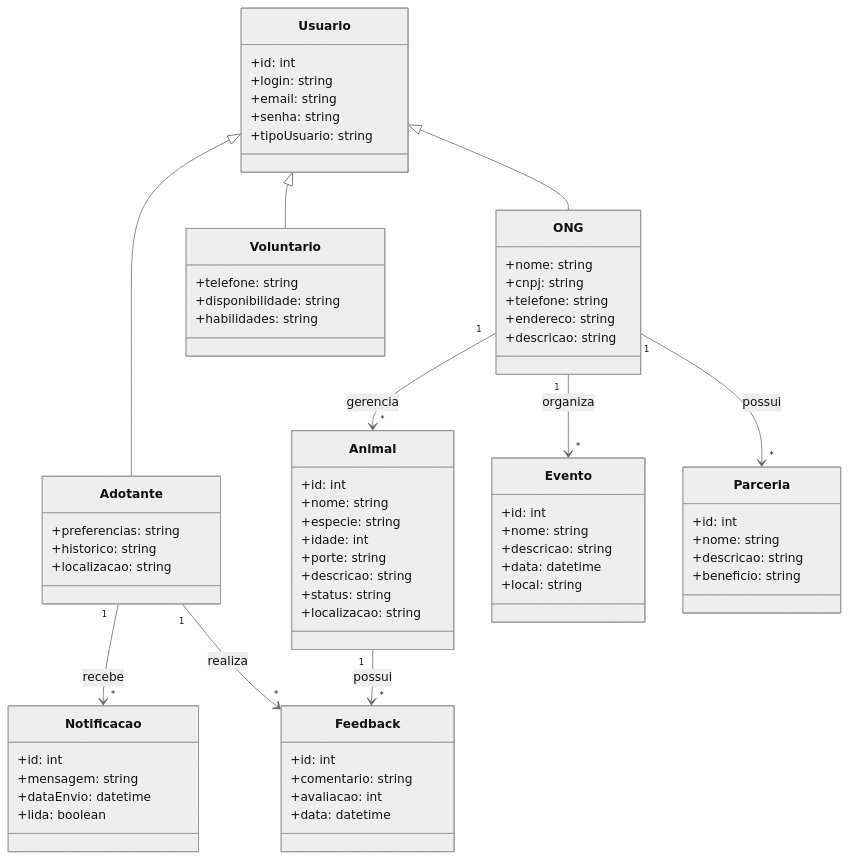
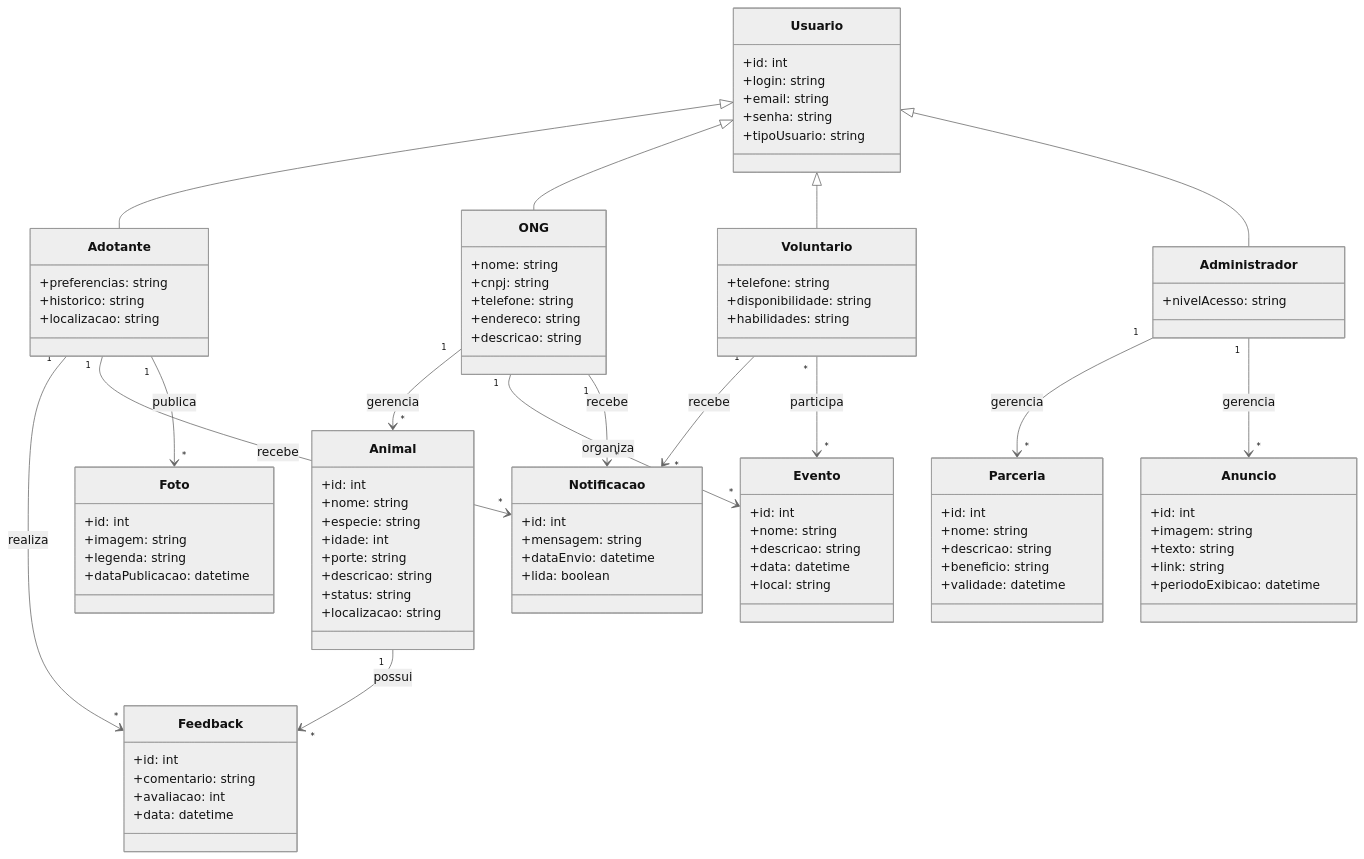
Diagram 13 of 13 in docs/especificacao.md (ICEI-PUC-Minas-PMV-SI/pmv-si-2026-1-pe3-t1-petmatch), drawn with Mermaid (neutral theme) before and after one commit. The commit also changed other lines of this file, not shown here.

First line of the commit message:
Revise product name and add use case diagrams

````diff
--- a/docs/especificacao.md
+++ b/docs/especificacao.md
@@ -581,4 +739,4 @@
- ```mermaid
+```mermaid
 classDiagram
 
 class Usuario {
@@ -607,6 +765,10 @@
     +telefone: string
     +disponibilidade: string
     +habilidades: string
+}
+
+class Administrador {
+    +nivelAcesso: string
 }
 
 class Animal {
@@ -647,11 +809,28 @@
     +nome: string
     +descricao: string
     +beneficio: string
+    +validade: datetime
+}
+
+class Anuncio {
+    +id: int
+    +imagem: string
+    +texto: string
+    +link: string
+    +periodoExibicao: datetime
+}
+
+class Foto {
+    +id: int
+    +imagem: string
+    +legenda: string
+    +dataPublicacao: datetime
 }
 
 Usuario <|-- Adotante
 Usuario <|-- ONG
 Usuario <|-- Voluntario
+Usuario <|-- Administrador
 
 ONG "1" --> "*" Animal : gerencia
 ONG "1" --> "*" Evento : organiza
@@ -660,6 +839,13 @@
 Adotante "1" --> "*" Feedback : realiza
 
 Adotante "1" --> "*" Notificacao : recebe
+ONG "1" --> "*" Notificacao : recebe
+Voluntario "1" --> "*" Notificacao : recebe
 
-ONG "1" --> "*" Parceria : possui
+Voluntario "*" --> "*" Evento : participa
+
+Administrador "1" --> "*" Parceria : gerencia
+Administrador "1" --> "*" Anuncio : gerencia
+
+Adotante "1" --> "*" Foto : publica
 ```
````
